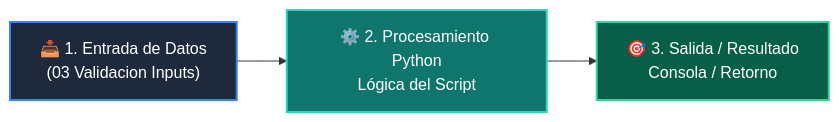
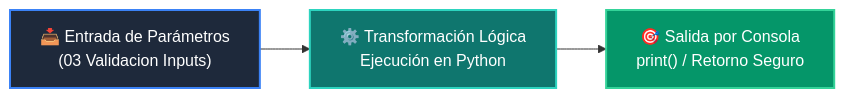
One commit to wisrovi/wisrovi-python changed the diagram in 01-fundamentos-python/clase-08-proyecto-integrador-basico/ejemplos/ejemplo_03_validacion_inputs/README.md. Above: the diagram before and after it, drawn with Mermaid. The commit also changed other lines of this file and 226 other files, not shown here.

Commit message:
docs: elevate all repository READMEs to world-class mastery standard with rich pedagogical architecture, custom Mermaids, and professional styling

````diff
--- a/01-fundamentos-python/clase-08-proyecto-integrador-basico/ejemplos/ejemplo_03_validacion_inputs/README.md
+++ b/01-fundamentos-python/clase-08-proyecto-integrador-basico/ejemplos/ejemplo_03_validacion_inputs/README.md
@@ -12,9 +19,9 @@
 ```mermaid
 flowchart LR
-    A["📥 1. Entrada de Datos<br/>(03 Validacion Inputs)"] --> B["⚙️ 2. Procesamiento Python<br/>Lógica del Script"]
-    B --> C["🎯 3. Salida / Resultado<br/>Consola / Retorno"]
+    A["📥 Entrada de Parámetros<br/>(03 Validacion Inputs)"] --> B["⚙️ Transformación Lógica<br/>Ejecución en Python"]
+    B --> C["🎯 Salida por Consola<br/>print() / Retorno Seguro"]
 
-    style A fill:#1e293b,color:#fff,stroke:#3b82f6,stroke-width:2px
-    style B fill:#0f766e,color:#fff,stroke:#2dd4bf,stroke-width:2px
-    style C fill:#065f46,color:#fff,stroke:#34d399,stroke-width:2px
+    style A fill:#1e293b,color:#ffffff,stroke:#3b82f6,stroke-width:2px
+    style B fill:#0f766e,color:#ffffff,stroke:#2dd4bf,stroke-width:2px
+    style C fill:#059669,color:#ffffff,stroke:#34d399,stroke-width:2px
 ```
````
